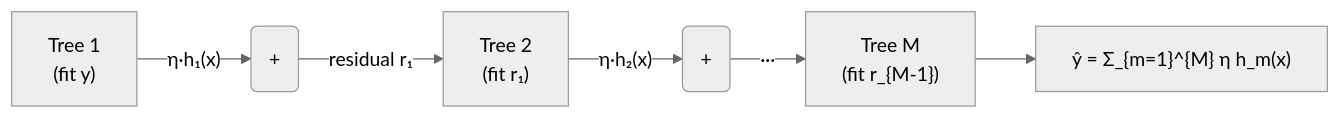
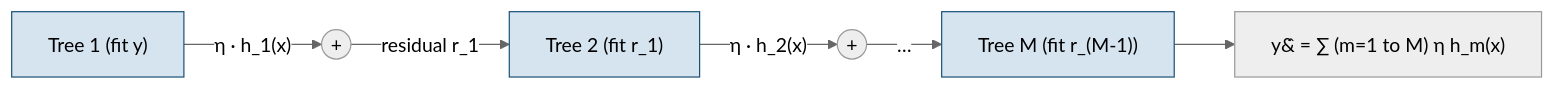
The third of 4 diagrams in vol-learning-guide/markdown/ch11-tree-methods-vol.md (xRyann2255/ML-GS), drawn with Mermaid (neutral theme) before and after one commit. The commit also changed other lines of this file and 10 other files, not shown here.

Commit message:
docs(vol-guide): regenerate markdown mirrors after diagram audit (ch10 taxonomy + ch03 decision-tree semantic; 9 re-layout refreshes)

````diff
--- a/vol-learning-guide/markdown/ch11-tree-methods-vol.md
+++ b/vol-learning-guide/markdown/ch11-tree-methods-vol.md
@@ -388,8 +421,16 @@
 ```mermaid
 flowchart LR
-    T1["Tree 1\n(fit y)"] -->|"η·h₁(x)"| S1("+")
-    S1 -->|"residual r₁"| T2["Tree 2\n(fit r₁)"]
-    T2 -->|"η·h₂(x)"| S2("+")
-    S2 -->|"···"| TM["Tree M\n(fit r_{M-1})"]
-    TM --> OUT["ŷ = Σ_{m=1}^{M} η h_m(x)"]
+    t1["Tree 1 (fit y)"]
+    s1(("+"))
+    t2["Tree 2 (fit r_1)"]
+    s2(("+"))
+    tm["Tree M (fit r_(M-1))"]
+    out["y&#770; = &sum; (m=1 to M) &eta; h_m(x)"]
+    t1 -- "&eta; &middot; h_1(x)" --> s1
+    s1 -- "residual r_1" --> t2
+    t2 -- "&eta; &middot; h_2(x)" --> s2
+    s2 -- "&hellip;" --> tm
+    tm --> out
+    classDef tree fill:#d6e4f0,stroke:#1a5276;
+    class t1,t2,tm tree;
 ```
````
